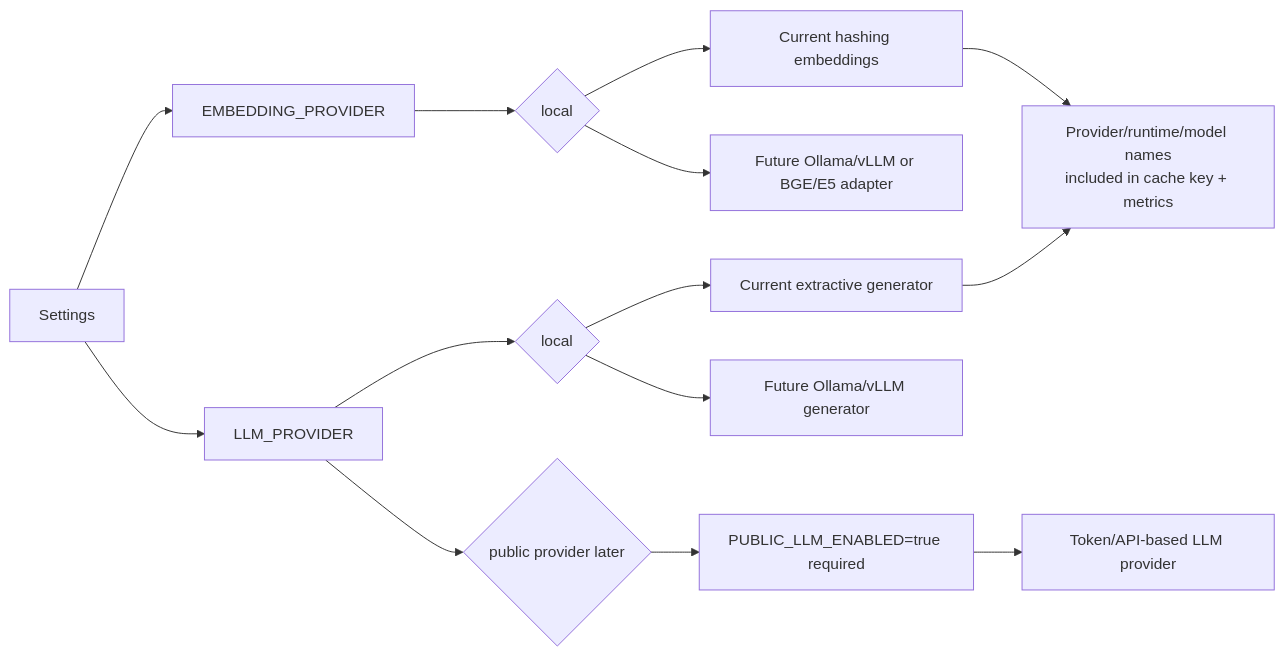
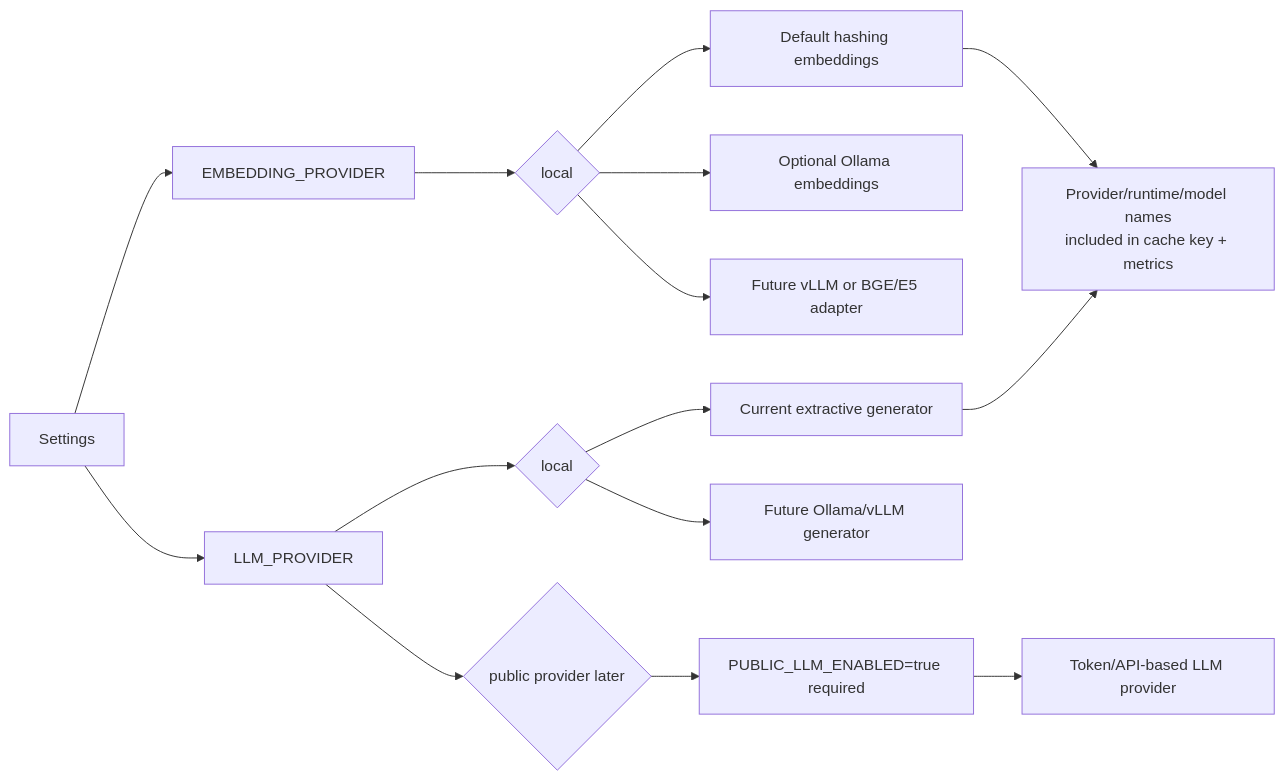
Before and after one commit to lnrdwarampudis-git/rag-saas-docs-ingestion-poc: the fifth of 7 diagrams in docs/flow-diagrams.md, drawn with Mermaid. The commit also changed 12 other files, not shown here.

Commit message:
Add Ollama embedding adapter

````diff
--- a/docs/flow-diagrams.md
+++ b/docs/flow-diagrams.md
@@ -111,16 +111,17 @@
 ```mermaid
 flowchart LR
   config["Settings"] --> embeddingProvider["EMBEDDING_PROVIDER"]
   config --> llmProvider["LLM_PROVIDER"]
   embeddingProvider --> localEmbedding{"local"}
-  localEmbedding --> hashing["Current hashing embeddings"]
-  localEmbedding --> futureEmbedding["Future Ollama/vLLM or BGE/E5 adapter"]
+  localEmbedding --> hashing["Default hashing embeddings"]
+  localEmbedding --> ollamaEmbedding["Optional Ollama embeddings"]
+  localEmbedding --> futureEmbedding["Future vLLM or BGE/E5 adapter"]
   llmProvider --> localLlm{"local"}
   localLlm --> extractive["Current extractive generator"]
   localLlm --> futureLlm["Future Ollama/vLLM generator"]
   llmProvider --> public{"public provider later"}
   public --> gate["PUBLIC_LLM_ENABLED=true required"]
   gate --> tokenApi["Token/API-based LLM provider"]
   hashing --> cacheKey["Provider/runtime/model names<br/>included in cache key + metrics"]
   extractive --> cacheKey
 ```
````
